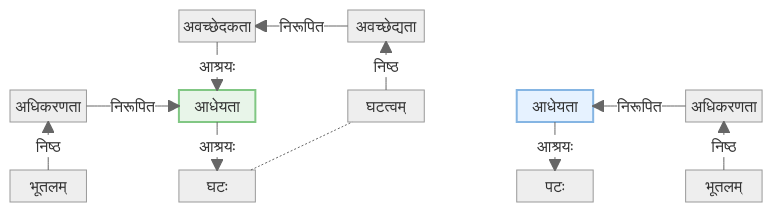
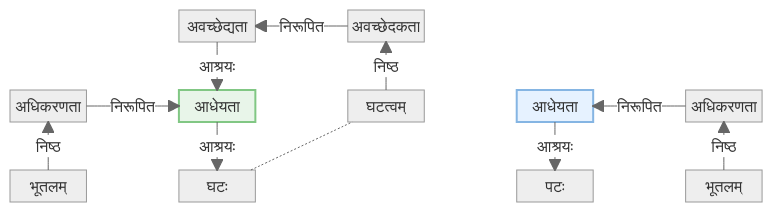
The ninth of 17 diagrams in shastra/topics/tarka.md (vagvibha/sahitya), drawn with Mermaid (neutral theme) before and after one commit. The commit also changed other lines of this file, not shown here.

Commit message:
content udpate

````diff
--- a/shastra/topics/tarka.md
+++ b/shastra/topics/tarka.md
@@ -312,35 +312,35 @@
 ```mermaid
 block-beta
     columns 9
     
     %% Row 1
-    space:2  t2["अवच्छेदकता"]  space  t3["अवच्छेद्यता"]  space:4
+    space:2  t2["अवच्छेद्यता"]  space  t3["अवच्छेदकता"]  space:4
     
     %% Row 2
     space:9
     
     %% Row 3
     m1["अधिकरणता"]  space  m2["आधेयता"]  space  m3["घटत्वम्"] space m4["आधेयता"] space  m5["अधिकरणता"]
 
     %% Row 4
     space:9
     
     %% Row 5
     b1["भूतलम्"]  space  b2["घटः"] space:3  b4["पटः"]  space  b5["भूतलम्"]
 
     b1-- "निष्ठ" -->m1
     m1-- "निरूपित" --> m2
     m2-- "आश्रयः" --> b2
     m3-- "निष्ठ" -->t3
     t3-- "निरूपित" --> t2
     t2-- "आश्रयः" --> m2
     b5-- "निष्ठ" -->m5
     m5-- "निरूपित" --> m4
     m4-- "आश्रयः" --> b4
     b2 -.- m3
 
     style m2 fill:#e8f5e9,stroke:#81c784,stroke-width:2px
     style m4 fill:#e6f2ff,stroke:#85b5e3,stroke-width:2px
 
 
 ```
````
